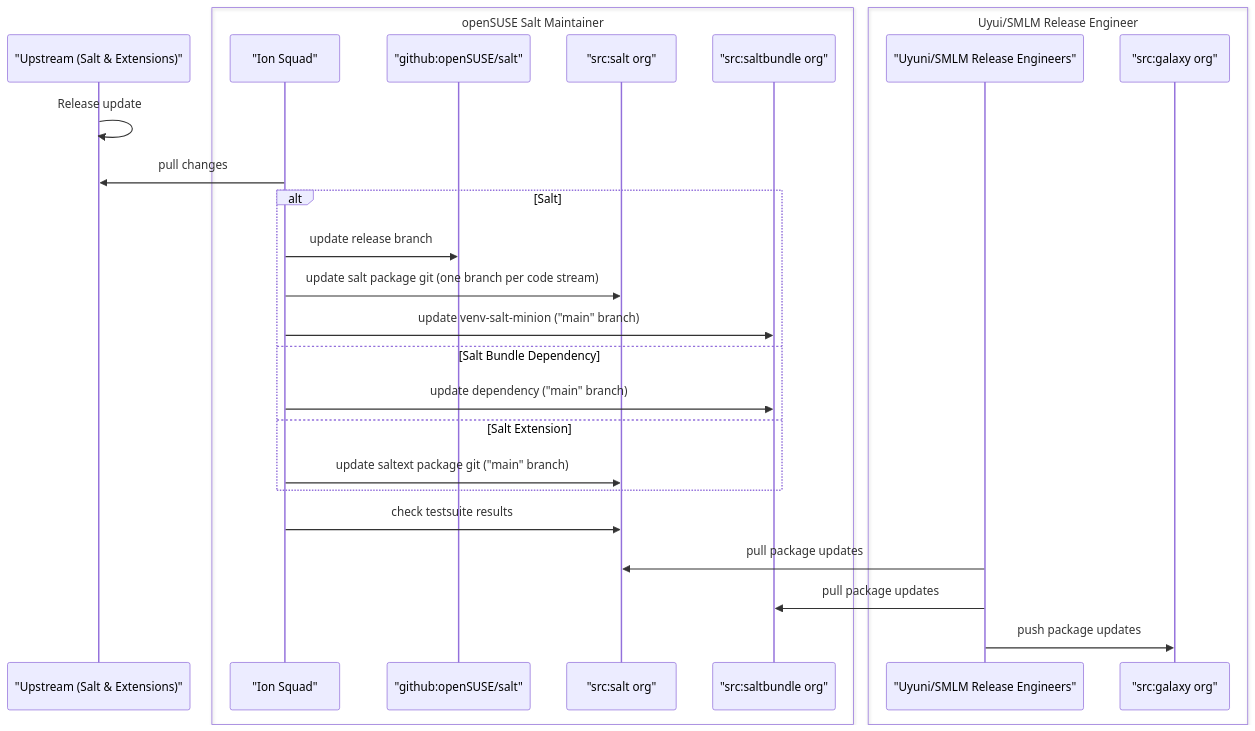
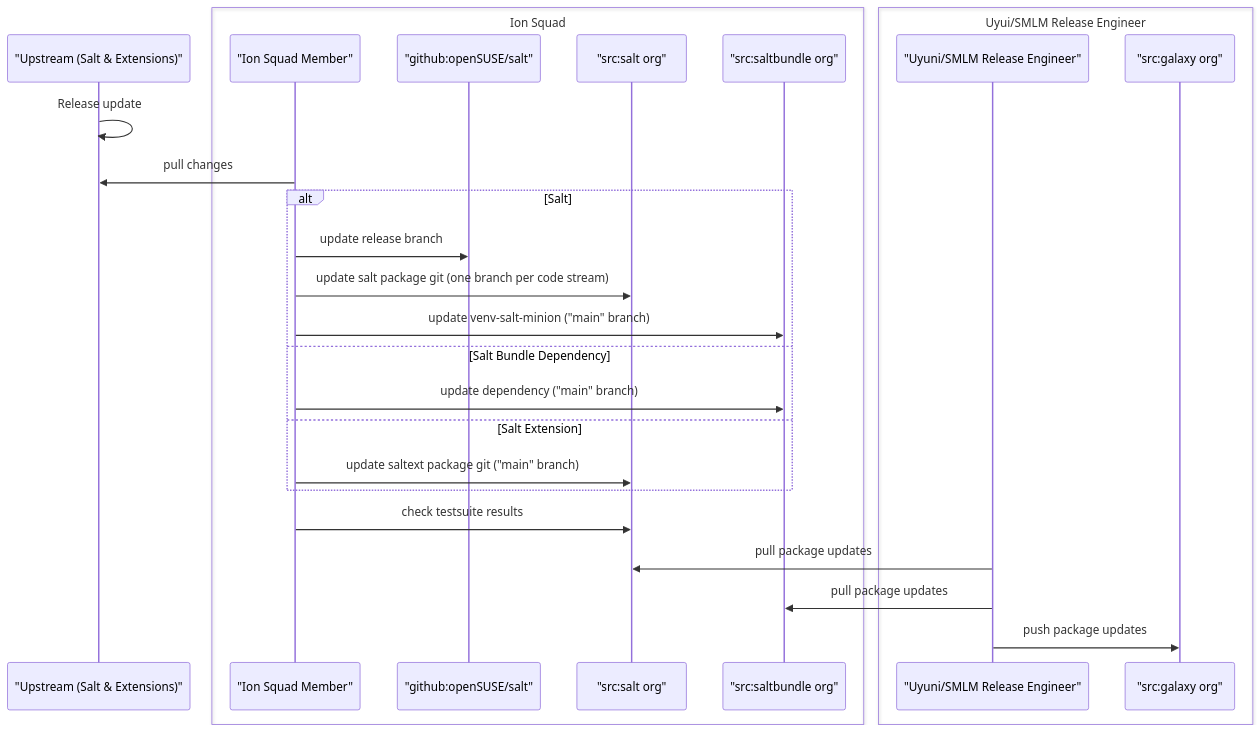
The first of 2 diagrams in Workflow.md (ycedres/sph), drawn with Mermaid before and after one commit. The commit also changed other lines of this file, not shown here.

````diff
--- a/Workflow.md
+++ b/Workflow.md
@@ -7,33 +7,33 @@
 ```mermaid
 sequenceDiagram
     participant upstream as "Upstream (Salt & Extensions)"
 
-    box openSUSE Salt Maintainer
-    participant ion as "Ion Squad"
+    box Ion Squad
+    participant ion as "Ion Squad Member"
     participant downstream as "github:openSUSE/salt"
     participant saltOrg as "src:salt org"
     participant bundleOrg as "src:saltbundle org"
     end
     
     box Uyui/SMLM Release Engineer
-    participant releng as "Uyuni/SMLM Release Engineers"
+    participant releng as "Uyuni/SMLM Release Engineer"
     participant galaxyOrg as "src:galaxy org"
     end
 
     upstream->>upstream: Release update
     ion->>upstream: pull changes
     alt Salt
         ion->>downstream: update release branch
         ion->>saltOrg: update salt package git (one branch per code stream)
         ion->>bundleOrg: update venv-salt-minion ("main" branch)
     else Salt Bundle Dependency
         ion->>bundleOrg: update dependency ("main" branch)
     else Salt Extension
         ion->>saltOrg: update saltext package git ("main" branch)
     end
     ion->>saltOrg: check testsuite results
     
     releng->>saltOrg: pull package updates
     releng->>bundleOrg: pull package updates
     releng->>galaxyOrg: push package updates
 ```
````
